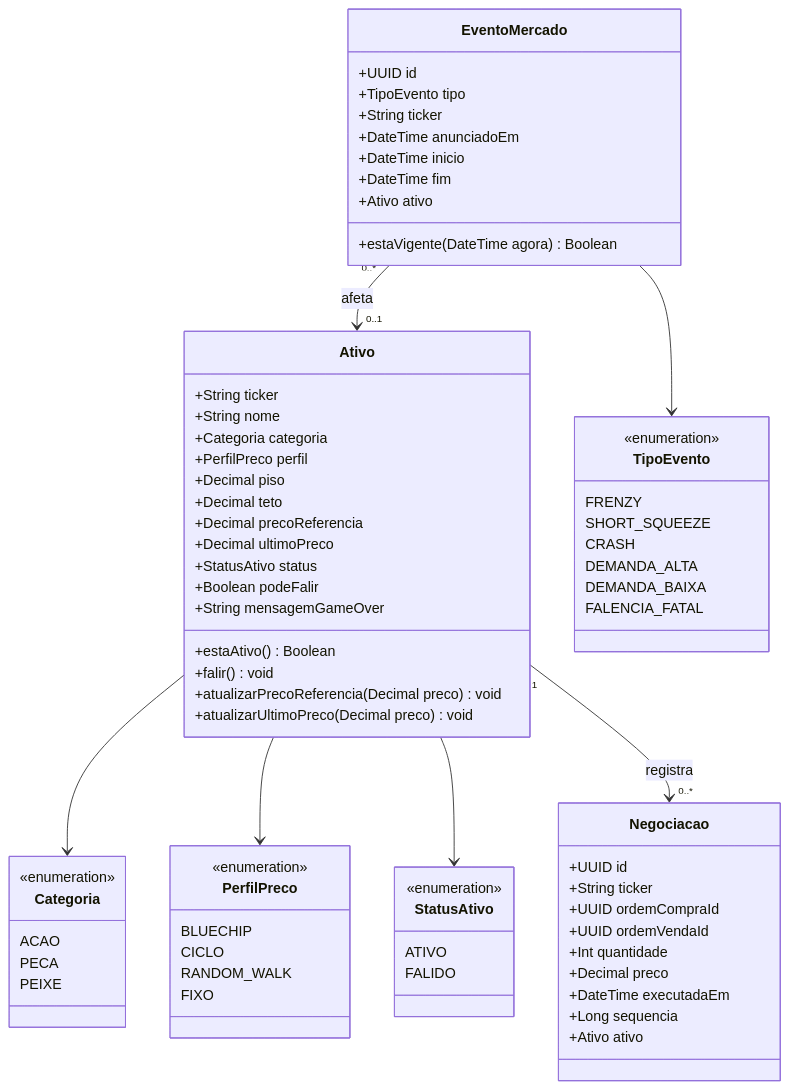
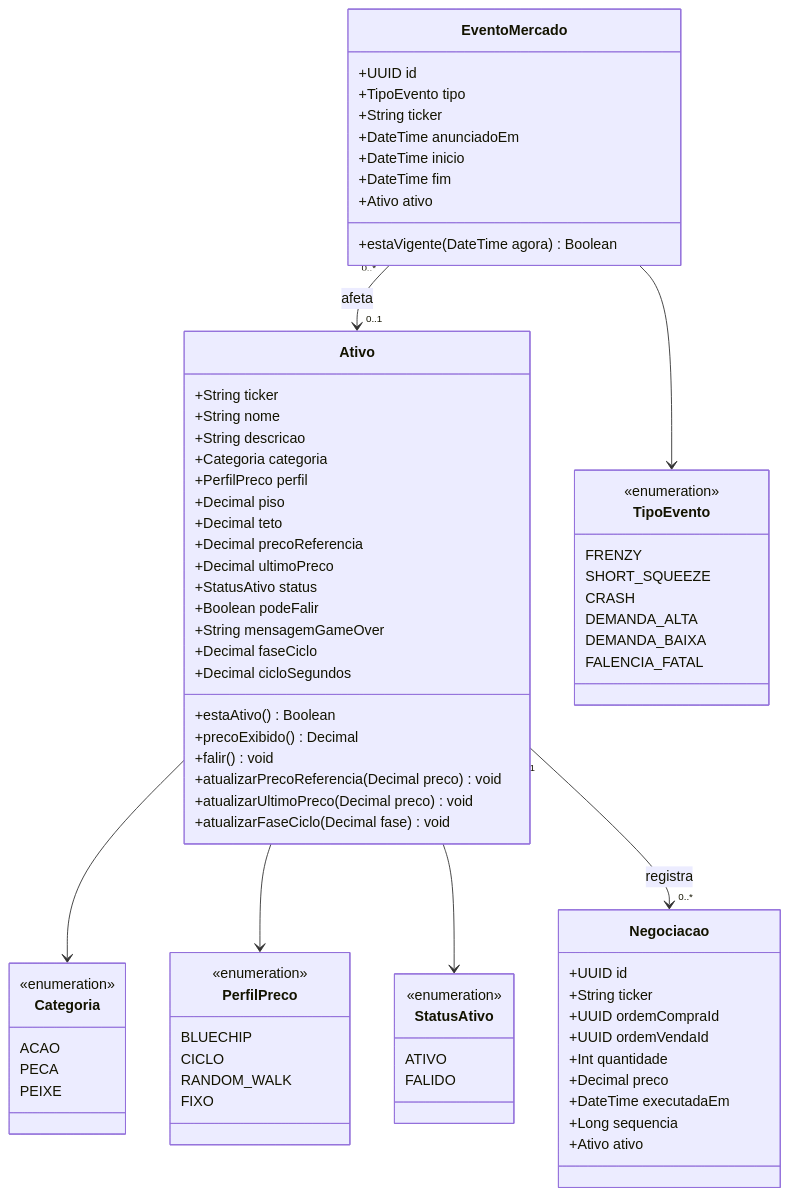
One commit to ysrael12/CruelMarketLTDA changed the first of 6 diagrams in P1/especificação de mercado/Diagrama de classes - market data.md. Above: the diagram before and after it, drawn with Mermaid. The commit also changed other lines of this file and 20 other files, not shown here.

```diff
--- a/P1/especificação de mercado/Diagrama de classes - market data.md
+++ b/P1/especificação de mercado/Diagrama de classes - market data.md
@@ -25,6 +28,7 @@
   class Ativo {
     +String ticker
     +String nome
+    +String descricao
     +Categoria categoria
     +PerfilPreco perfil
     +Decimal piso
@@ -34,10 +38,14 @@
     +StatusAtivo status
     +Boolean podeFalir
     +String mensagemGameOver
+    +Decimal faseCiclo
+    +Decimal cicloSegundos
     +estaAtivo() Boolean
+    +precoExibido() Decimal
     +falir() void
     +atualizarPrecoReferencia(Decimal preco) void
     +atualizarUltimoPreco(Decimal preco) void
+    +atualizarFaseCiclo(Decimal fase) void
   }
 
   class Negociacao {
```
